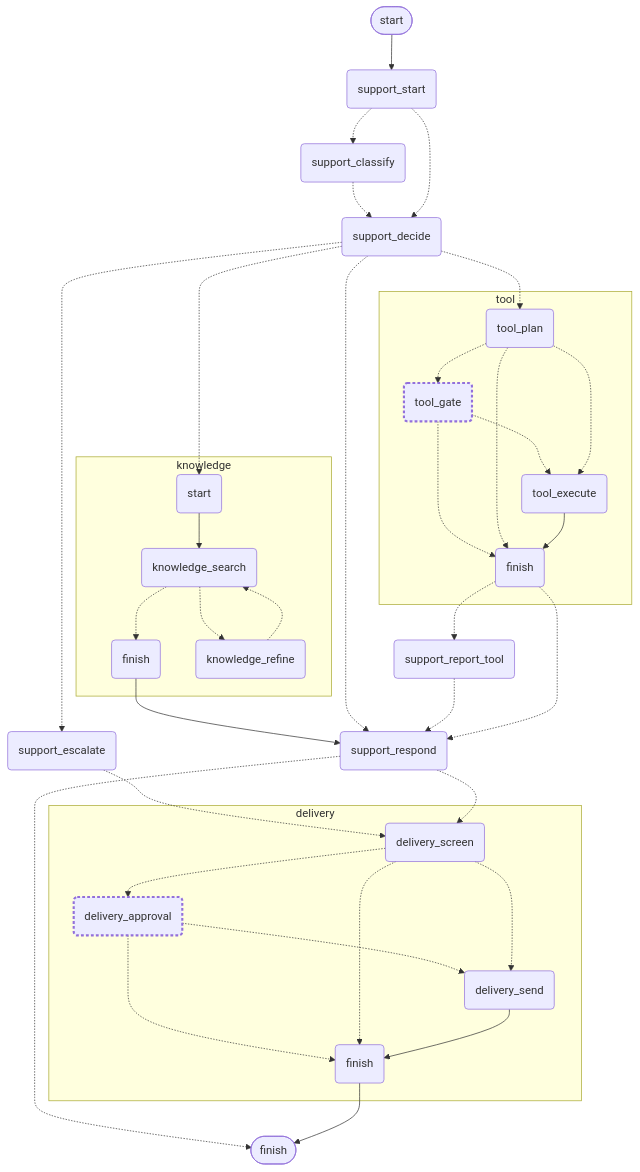
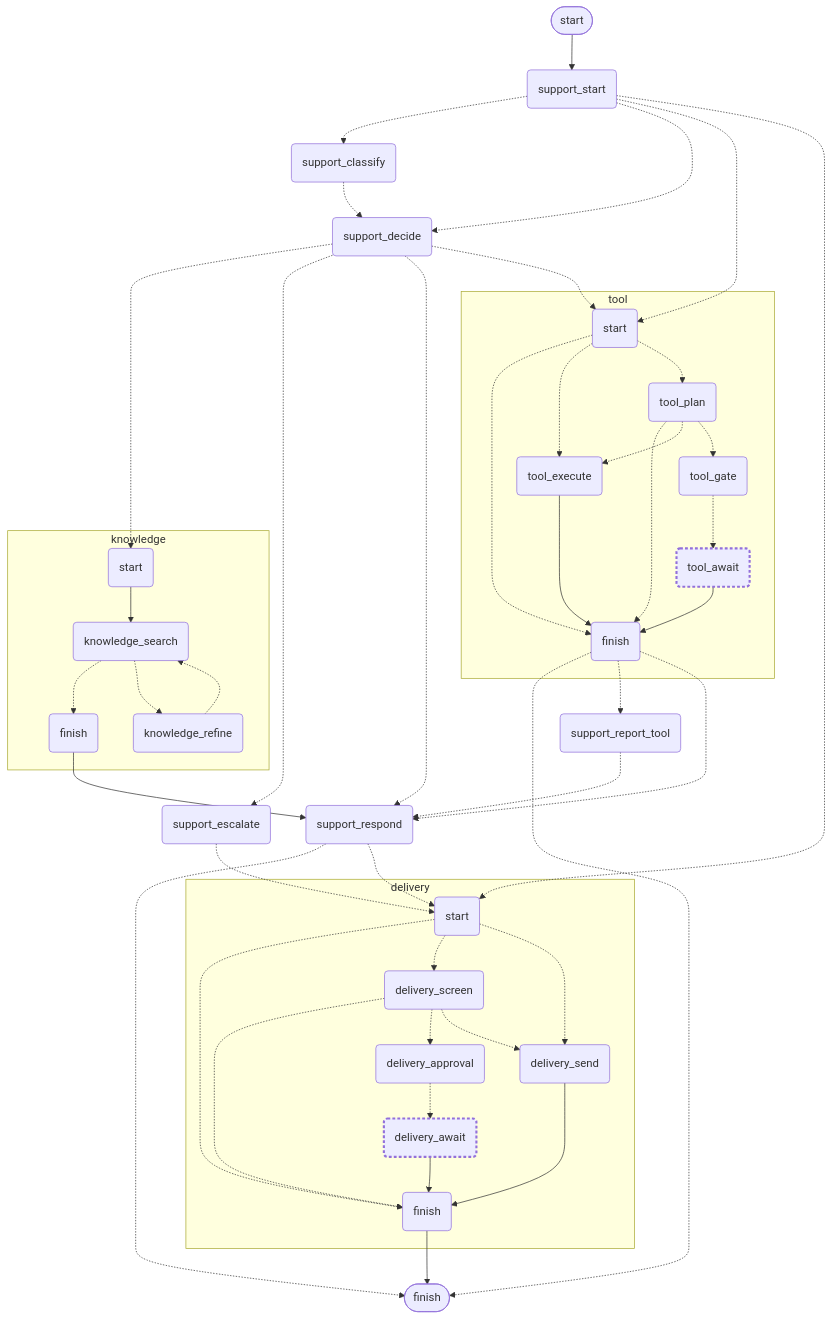
One commit to huynguyengl99/huynguyengl99.github.io changed the diagram in src/content/posts/agent-graph-engineering/06-subgraphs-persistence-interrupts.md. Above: the diagram before and after it, drawn with Mermaid. The commit also changed other lines of this file, not shown here.

````diff
--- a/src/content/posts/agent-graph-engineering/06-subgraphs-persistence-interrupts.md
+++ b/src/content/posts/agent-graph-engineering/06-subgraphs-persistence-interrupts.md
@@ -55,64 +56,77 @@
 ```mermaid
 graph TD;
     start([start])
     support_start(support_start)
     support_classify(support_classify)
     support_decide(support_decide)
     support_escalate(support_escalate)
     support_report_tool(support_report_tool)
     support_respond(support_respond)
     finish([finish])
     start --> support_start;
     knowledge_done --> support_respond;
     support_classify -.-> support_decide;
     support_decide -.-> knowledge_start;
     support_decide -.-> support_escalate;
     support_decide -.-> support_respond;
-    support_decide -.-> tool_plan;
-    support_escalate -.-> delivery_screen;
+    support_decide -.-> tool_start;
+    support_escalate -.-> delivery_start;
     support_report_tool -.-> support_respond;
     support_respond -.-> finish;
-    support_respond -.-> delivery_screen;
+    support_respond -.-> delivery_start;
     support_start -.-> support_classify;
     support_start -.-> support_decide;
+    support_start -.-> tool_start;
+    support_start -.-> delivery_start;
+    tool_done -.-> finish;
     tool_done -.-> support_report_tool;
     tool_done -.-> support_respond;
     delivery_done --> finish;
     subgraph knowledge
     knowledge_start(start)
     knowledge_search(knowledge_search)
     knowledge_refine(knowledge_refine)
     knowledge_done(finish)
     knowledge_start --> knowledge_search;
     knowledge_refine -.-> knowledge_search;
     knowledge_search -.-> knowledge_done;
     knowledge_search -.-> knowledge_refine;
     end
     subgraph tool
+    tool_start(start)
     tool_plan(tool_plan)
     tool_gate(tool_gate)
+    tool_await(tool_await)
     tool_execute(tool_execute)
     tool_done(finish)
-    tool_gate -.-> tool_done;
-    tool_gate -.-> tool_execute;
+    tool_start -.-> tool_done;
+    tool_start -.-> tool_execute;
+    tool_start -.-> tool_plan;
     tool_plan -.-> tool_done;
     tool_plan -.-> tool_execute;
     tool_plan -.-> tool_gate;
+    tool_gate -.-> tool_await;
+    tool_await --> tool_done;
     tool_execute --> tool_done;
     end
     subgraph delivery
+    delivery_start(start)
     delivery_screen(delivery_screen)
     delivery_approval(delivery_approval)
+    delivery_await(delivery_await)
     delivery_send(delivery_send)
     delivery_done(finish)
-    delivery_approval -.-> delivery_done;
-    delivery_approval -.-> delivery_send;
+    delivery_start -.-> delivery_done;
+    delivery_start -.-> delivery_screen;
+    delivery_start -.-> delivery_send;
     delivery_screen -.-> delivery_done;
     delivery_screen -.-> delivery_approval;
     delivery_screen -.-> delivery_send;
+    delivery_approval -.-> delivery_await;
+    delivery_await --> delivery_done;
     delivery_send --> delivery_done;
     end
     classDef blocking stroke-width:3px,stroke-dasharray:4 3;
-    class delivery_approval blocking;
-    class tool_gate blocking;
+    class delivery_await blocking;
+    class tool_await blocking;
 ```
````
